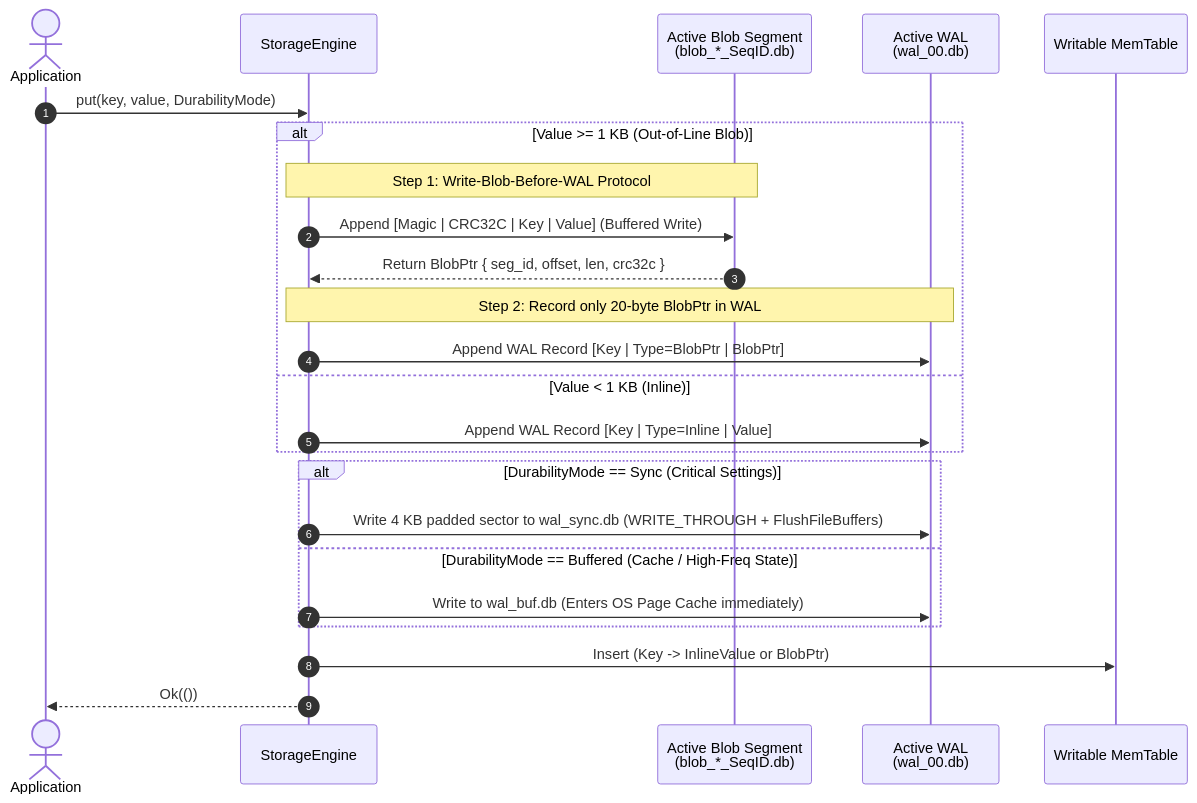
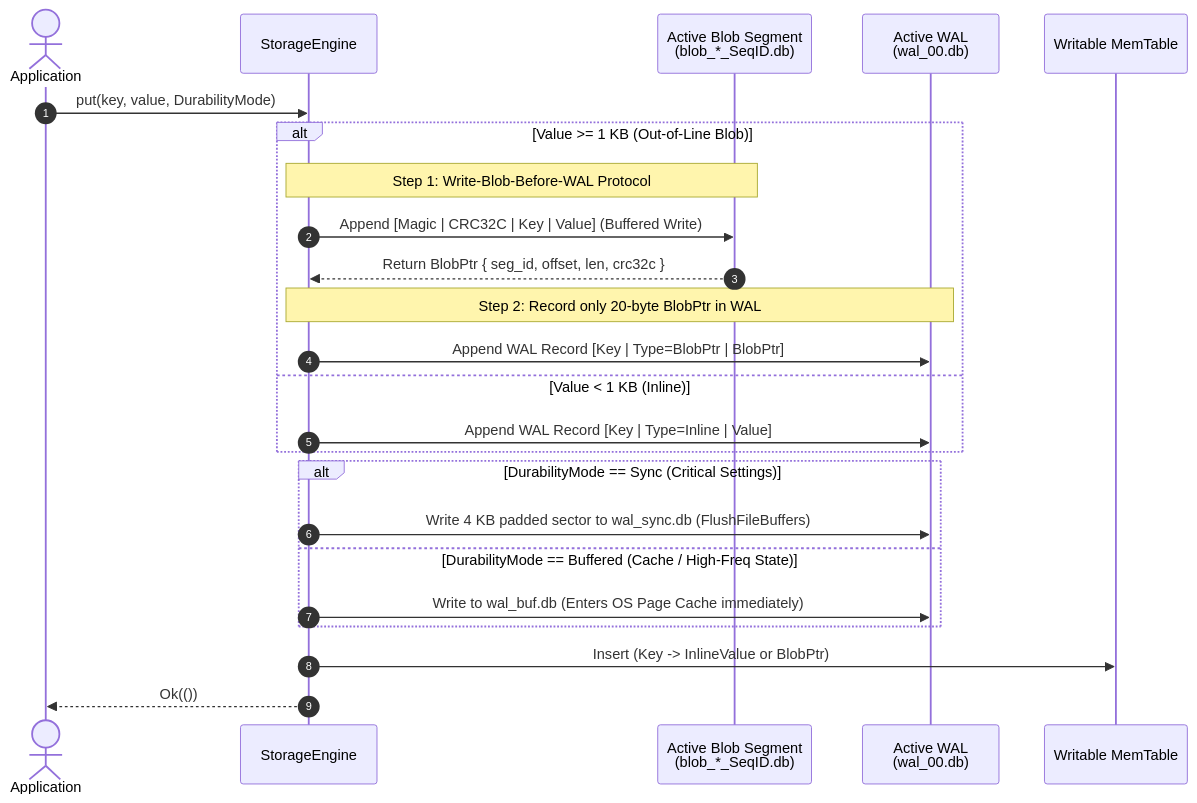
One commit to toyoshim-i/aydb changed the third of 5 diagrams in docs/phase1/00_OVERVIEW.md. Above: the diagram before and after it, drawn with Mermaid. The commit also changed 7 other files, not shown here.

First line of the commit message:
docs: consolidate the design notes into ARCHITECTURE

````diff
--- a/docs/phase1/00_OVERVIEW.md
+++ b/docs/phase1/00_OVERVIEW.md
@@ -117,29 +117,29 @@
 ```mermaid
 sequenceDiagram
     autonumber
     actor App as Application
     participant Eng as StorageEngine
     participant Blob as Active Blob Segment<br/>(blob_*_SeqID.db)
     participant WAL as Active WAL<br/>(wal_00.db)
     participant MT as Writable MemTable
 
     App->>Eng: put(key, value, DurabilityMode)
     alt Value >= 1 KB (Out-of-Line Blob)
         Note over Eng,Blob: Step 1: Write-Blob-Before-WAL Protocol
         Eng->>Blob: Append [Magic | CRC32C | Key | Value] (Buffered Write)
         Blob-->>Eng: Return BlobPtr { seg_id, offset, len, crc32c }
         Note over Eng,WAL: Step 2: Record only 20-byte BlobPtr in WAL
         Eng->>WAL: Append WAL Record [Key | Type=BlobPtr | BlobPtr]
     else Value < 1 KB (Inline)
         Eng->>WAL: Append WAL Record [Key | Type=Inline | Value]
     end
 
     alt DurabilityMode == Sync (Critical Settings)
-        Eng->>WAL: Write 4 KB padded sector to wal_sync.db (WRITE_THROUGH + FlushFileBuffers)
+        Eng->>WAL: Write 4 KB padded sector to wal_sync.db (FlushFileBuffers)
     else DurabilityMode == Buffered (Cache / High-Freq State)
         Eng->>WAL: Write to wal_buf.db (Enters OS Page Cache immediately)
     end
 
     Eng->>MT: Insert (Key -> InlineValue or BlobPtr)
     Eng-->>App: Ok(())
 ```
````
